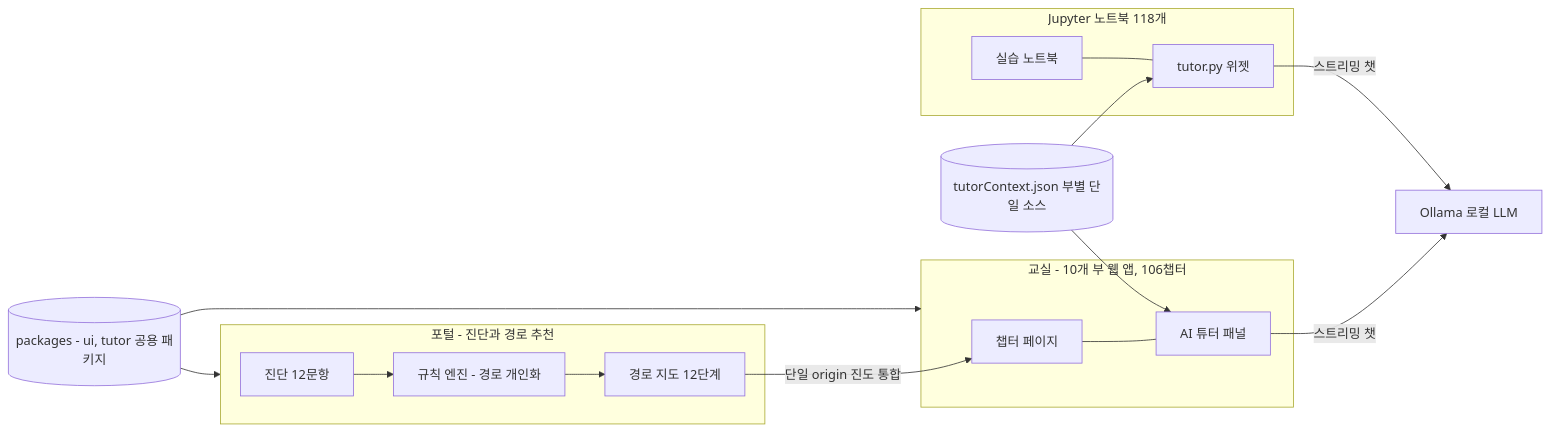
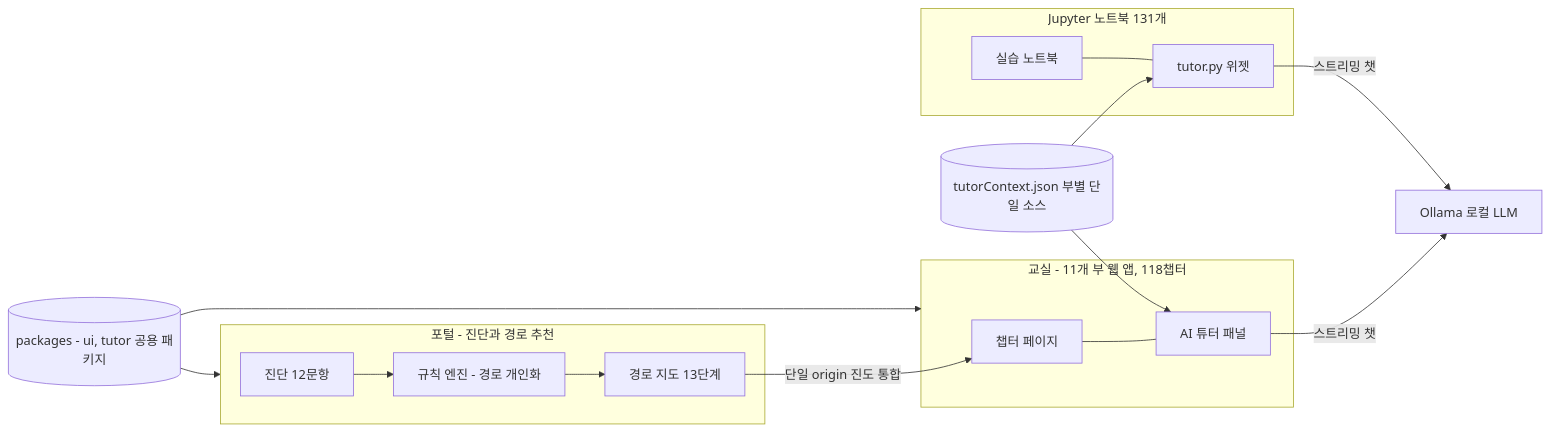
One commit to jiyupapa/math-platform changed the diagram in docs/hackathon/10_spec.md. Above: the diagram before and after it, drawn with Mermaid. The commit also changed other lines of this file and 24 other files, not shown here.

````diff
--- a/docs/hackathon/10_spec.md
+++ b/docs/hackathon/10_spec.md
@@ -81,20 +81,20 @@
 ```mermaid
 flowchart LR
     subgraph PORTAL[포털 - 진단과 경로 추천]
         DG[진단 12문항] --> RE[규칙 엔진 - 경로 개인화]
-        RE --> MAP[경로 지도 12단계]
+        RE --> MAP[경로 지도 13단계]
     end
-    subgraph PARTS[교실 - 10개 부 웹 앱, 106챕터]
+    subgraph PARTS[교실 - 11개 부 웹 앱, 118챕터]
         CH[챕터 페이지] --- TC[AI 튜터 패널]
     end
-    subgraph NB[Jupyter 노트북 118개]
+    subgraph NB[Jupyter 노트북 131개]
         IPY[실습 노트북] --- TP[tutor.py 위젯]
     end
     UI[(packages - ui, tutor 공용 패키지)] --> PARTS
     UI --> PORTAL
     MAP -->|단일 origin 진도 통합| CH
     CTX[(tutorContext.json 부별 단일 소스)] --> TC
     CTX --> TP
     TC -->|스트리밍 챗| OL[Ollama 로컬 LLM]
     TP -->|스트리밍 챗| OL
 ```
````
